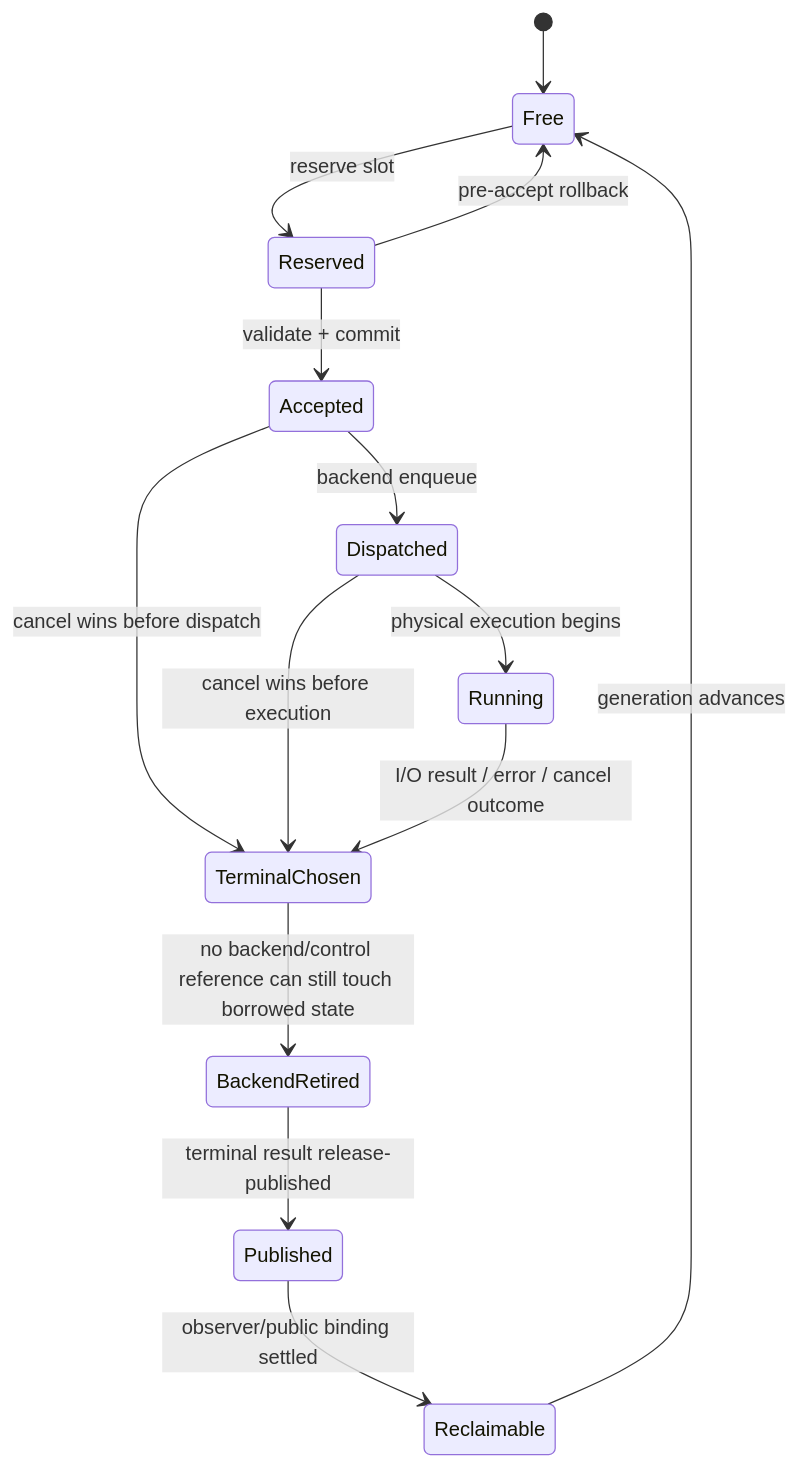
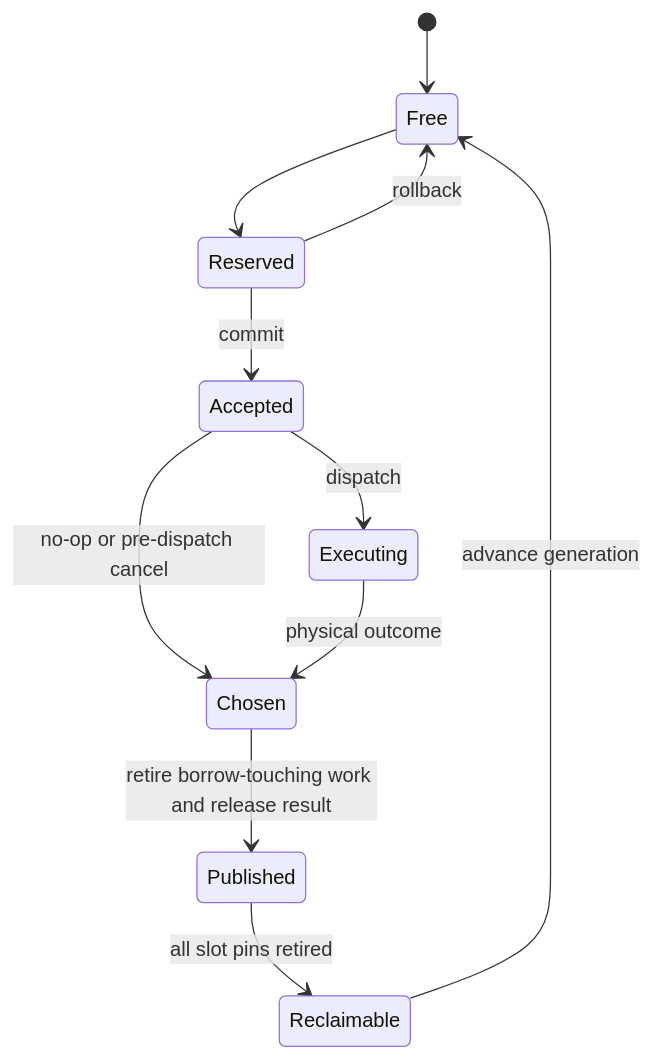
Before and after one commit to jnhu76/Sluice: the second of 4 diagrams in docs/explicit-io-v1-final-decision.md, drawn with Mermaid. The commit also changed other lines of this file and 11 other files, not shown here.

````diff
--- a/docs/explicit-io-v1-final-decision.md
+++ b/docs/explicit-io-v1-final-decision.md
@@ -470,19 +359,13 @@
 ```mermaid
 stateDiagram-v2
     [*] --> Free
-    Free --> Reserved: reserve slot
-    Reserved --> Accepted: validate + commit
-    Reserved --> Free: pre-accept rollback
-
-    Accepted --> Dispatched: backend enqueue
-    Accepted --> TerminalChosen: cancel wins before dispatch
-
-    Dispatched --> Running: physical execution begins
-    Dispatched --> TerminalChosen: cancel wins before execution
-    Running --> TerminalChosen: I/O result / error / cancel outcome
-
-    TerminalChosen --> BackendRetired: no backend/control reference can still touch borrowed state
-    BackendRetired --> Published: terminal result release-published
-    Published --> Reclaimable: observer/public binding settled
-    Reclaimable --> Free: generation advances
+    Free --> Reserved
+    Reserved --> Free: rollback
+    Reserved --> Accepted: commit
+    Accepted --> Executing: dispatch
+    Accepted --> Chosen: no-op or pre-dispatch cancel
+    Executing --> Chosen: physical outcome
+    Chosen --> Published: retire borrow-touching work and release result
+    Published --> Reclaimable: all slot pins retired
+    Reclaimable --> Free: advance generation
 ```
````
